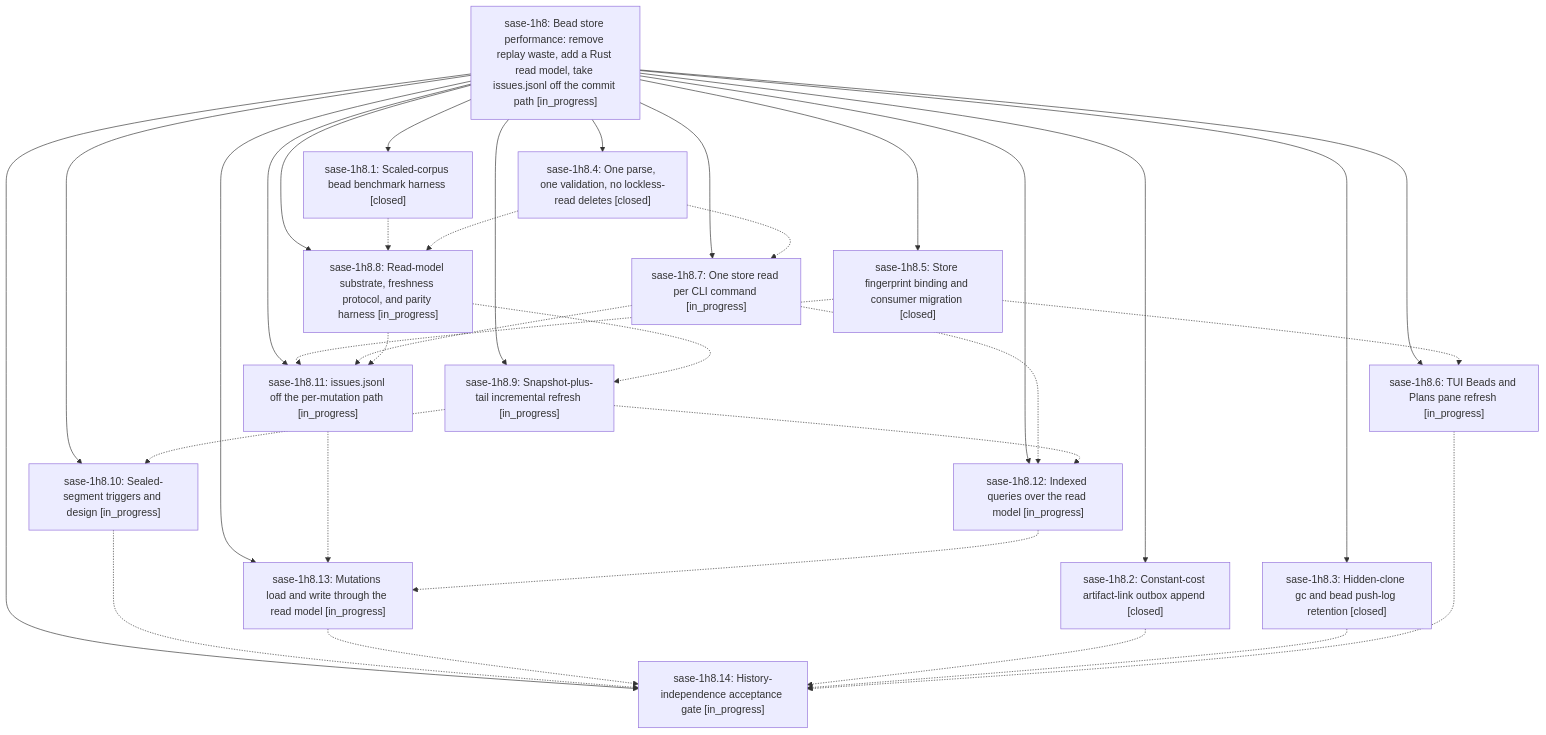
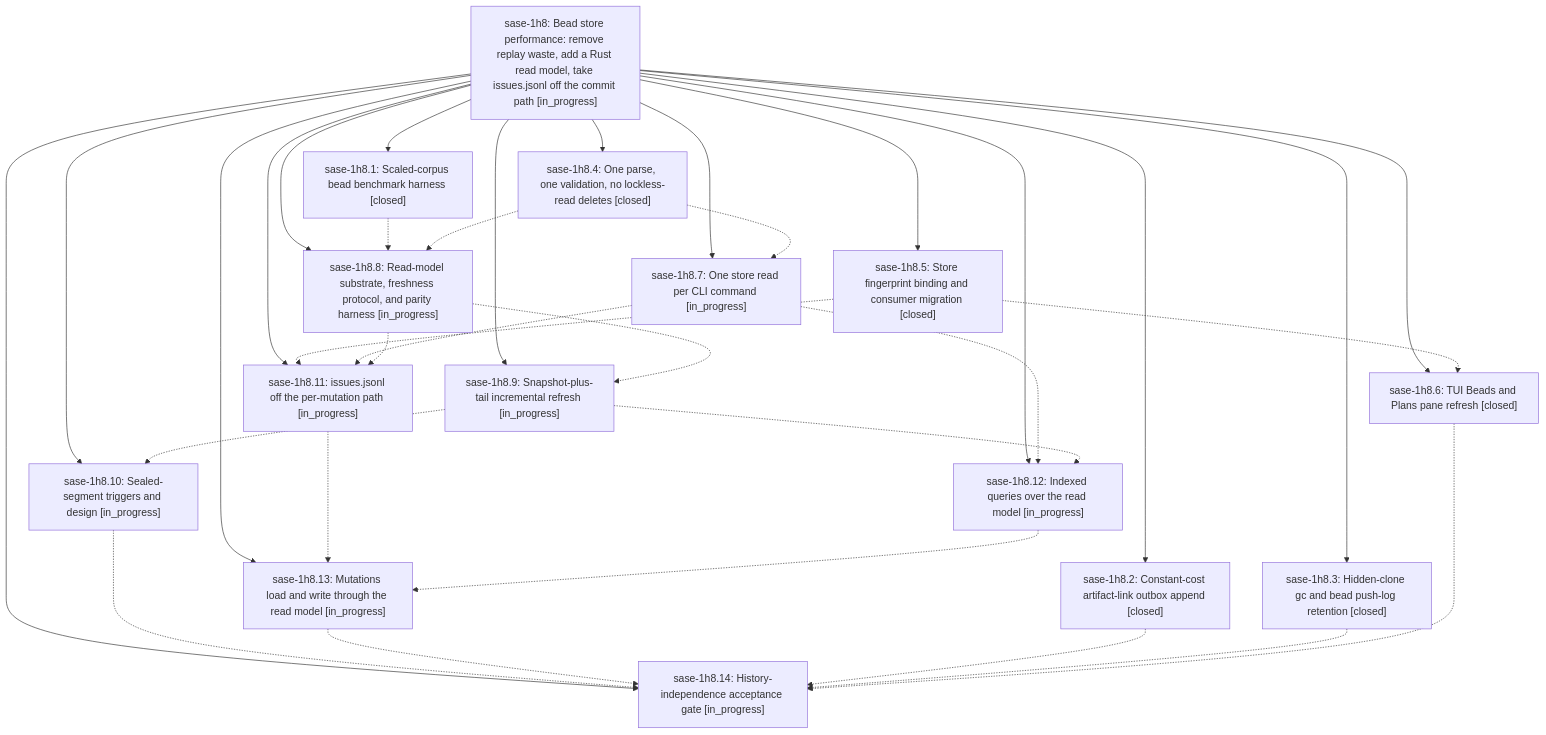
The diagram in pages/sase-1h8/README.md (sase-org/sase--beads), drawn with Mermaid before and after one commit. The commit also changed other lines of this file and 5 other files, not shown here.

First line of the commit message:
chore(beads): sync bead state and pages for sase-1h8

````diff
--- a/pages/sase-1h8/README.md
+++ b/pages/sase-1h8/README.md
@@ -35,50 +35,50 @@
 ```mermaid
 flowchart TD
     n0["sase-1h8: Bead store performance: remove replay waste, add a Rust read model, take issues.jsonl off the commit path [in_progress]"]
     n1["sase-1h8.1: Scaled-corpus bead benchmark harness [closed]"]
     n2["sase-1h8.10: Sealed-segment triggers and design [in_progress]"]
     n3["sase-1h8.11: issues.jsonl off the per-mutation path [in_progress]"]
     n4["sase-1h8.12: Indexed queries over the read model [in_progress]"]
     n5["sase-1h8.13: Mutations load and write through the read model [in_progress]"]
     n6["sase-1h8.14: History-independence acceptance gate [in_progress]"]
     n7["sase-1h8.2: Constant-cost artifact-link outbox append [closed]"]
     n8["sase-1h8.3: Hidden-clone gc and bead push-log retention [closed]"]
     n9["sase-1h8.4: One parse, one validation, no lockless-read deletes [closed]"]
     n10["sase-1h8.5: Store fingerprint binding and consumer migration [closed]"]
-    n11["sase-1h8.6: TUI Beads and Plans pane refresh [in_progress]"]
+    n11["sase-1h8.6: TUI Beads and Plans pane refresh [closed]"]
     n12["sase-1h8.7: One store read per CLI command [in_progress]"]
     n13["sase-1h8.8: Read-model substrate, freshness protocol, and parity harness [in_progress]"]
     n14["sase-1h8.9: Snapshot-plus-tail incremental refresh [in_progress]"]
     n0 --> n1
     n0 --> n2
     n0 --> n3
     n0 --> n4
     n0 --> n5
     n0 --> n6
     n0 --> n7
     n0 --> n8
     n0 --> n9
     n0 --> n10
     n0 --> n11
     n0 --> n12
     n0 --> n13
     n0 --> n14
     n1 -.-> n13
     n2 -.-> n6
     n3 -.-> n5
     n4 -.-> n5
     n5 -.-> n6
     n7 -.-> n6
     n8 -.-> n6
     n9 -.-> n12
     n9 -.-> n13
     n10 -.-> n3
     n10 -.-> n11
     n11 -.-> n6
     n12 -.-> n3
     n12 -.-> n4
     n13 -.-> n3
     n13 -.-> n14
     n14 -.-> n2
     n14 -.-> n4
 ```
````
